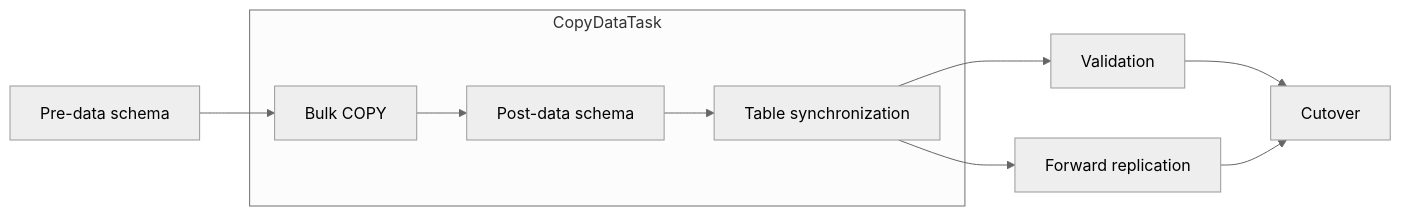
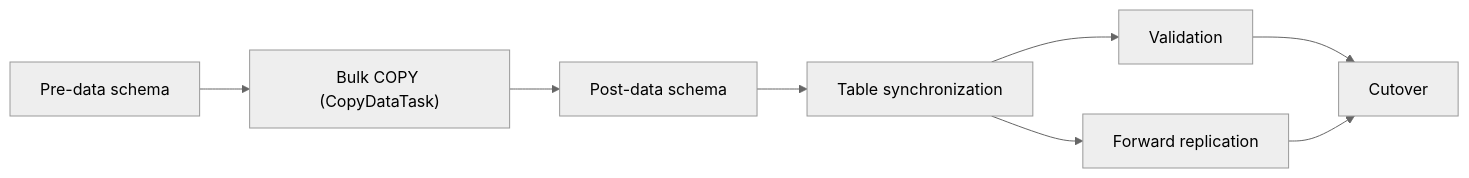
The diagram in docs/RESHARDING.md (pgdogdev/pgdog), drawn with Mermaid (neutral theme) before and after one commit. The commit also changed other lines of this file and 10 other files, not shown here.

````diff
--- a/docs/RESHARDING.md
+++ b/docs/RESHARDING.md
@@ -55,19 +57,17 @@
 ```mermaid
 flowchart LR
     A["Pre-data schema"]
-    subgraph CopyDataTask
-        B["Bulk COPY"]
-        C["Post-data schema"]
-        D["Table synchronization"]
-        B --> C --> D
-    end
+    B["Bulk COPY (CopyDataTask)"]
+    C["Post-data schema"]
+    D["Table synchronization"]
+    B --> C --> D
     F["Validation"]
     G["Forward replication"]
     H["Cutover"]
 
     A --> B
     D --> F
     D --> G
     F --> H
     G --> H
 ```
````
